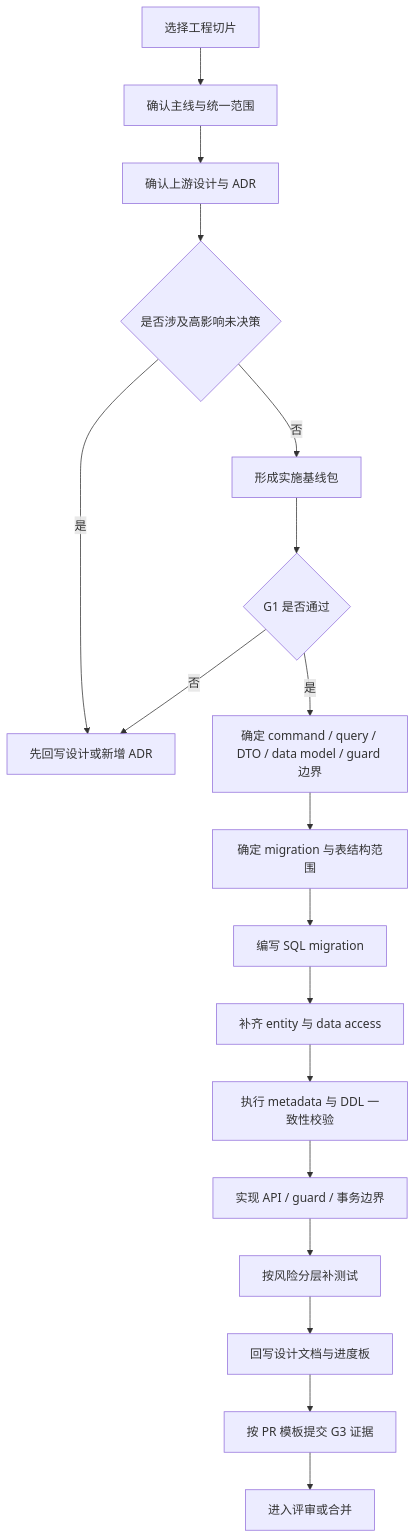
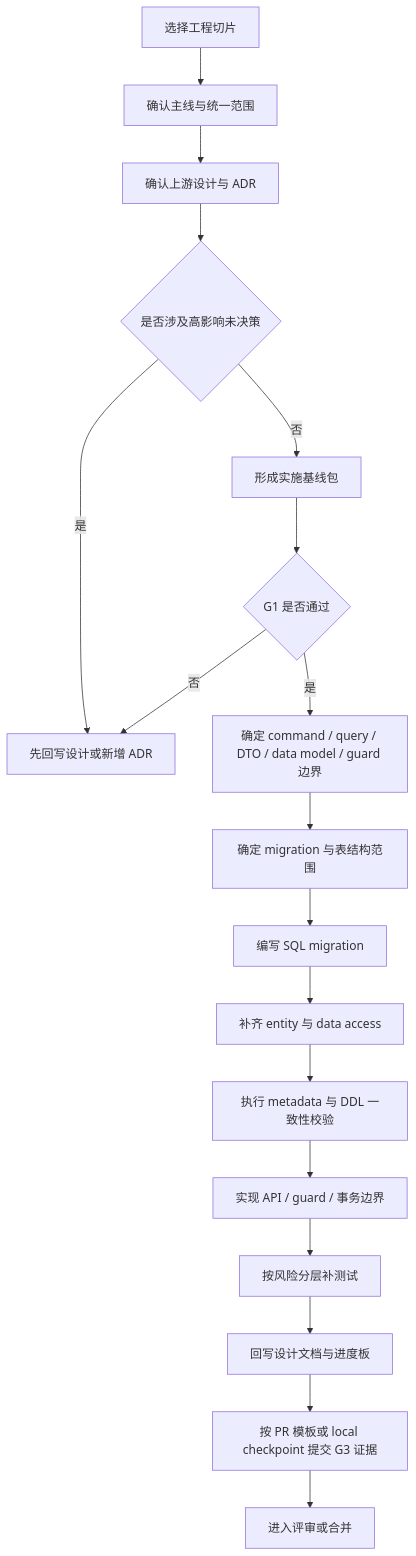
The diagram in docs/design/implementation-delivery-guide.md (illusion-tech/poms), drawn with Mermaid before and after one commit. The commit also changed other lines of this file and 8 other files, not shown here.

````diff
--- a/docs/design/implementation-delivery-guide.md
+++ b/docs/design/implementation-delivery-guide.md
@@ -199,20 +200,20 @@
 ```mermaid
 flowchart TD
     A[选择工程切片] --> B[确认主线与统一范围]
     B --> C[确认上游设计与 ADR]
     C --> D{是否涉及高影响未决策}
     D -- 是 --> E[先回写设计或新增 ADR]
     D -- 否 --> F[形成实施基线包]
     F --> G{G1 是否通过}
     G -- 否 --> E
     G -- 是 --> H[确定 command / query / DTO / data model / guard 边界]
     H --> I[确定 migration 与表结构范围]
     I --> J[编写 SQL migration]
     J --> K[补齐 entity 与 data access]
     K --> L[执行 metadata 与 DDL 一致性校验]
     L --> M[实现 API / guard / 事务边界]
     M --> N[按风险分层补测试]
     N --> O[回写设计文档与进度板]
-    O --> P[按 PR 模板提交 G3 证据]
+    O --> P[按 PR 模板或 local checkpoint 提交 G3 证据]
     P --> Q[进入评审或合并]
 ```
````
